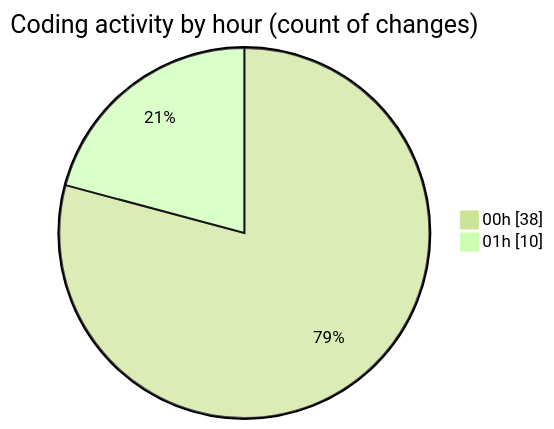
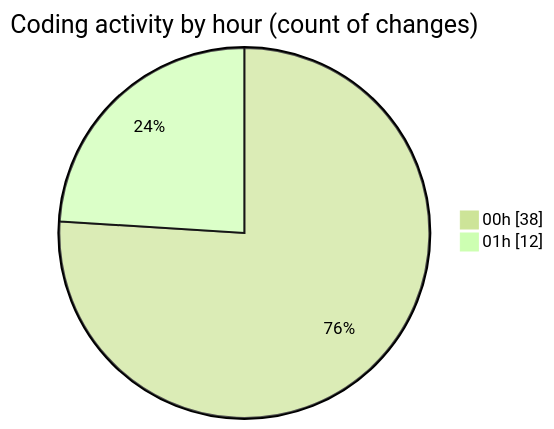
Before and after one commit to donsfak/code-tracking: the second of 2 diagrams in 2025-03-08/uber_clone/README.md, drawn with Mermaid (forest theme). The commit also changed other lines of this file and 1 other file, not shown here.

````diff
--- a/2025-03-08/uber_clone/README.md
+++ b/2025-03-08/uber_clone/README.md
@@ -31,6 +31,6 @@
 ```mermaid
 pie showData
 title Coding activity by hour (count of changes)
 "00h" : 38
-"01h" : 10
+"01h" : 12
 ```
````
